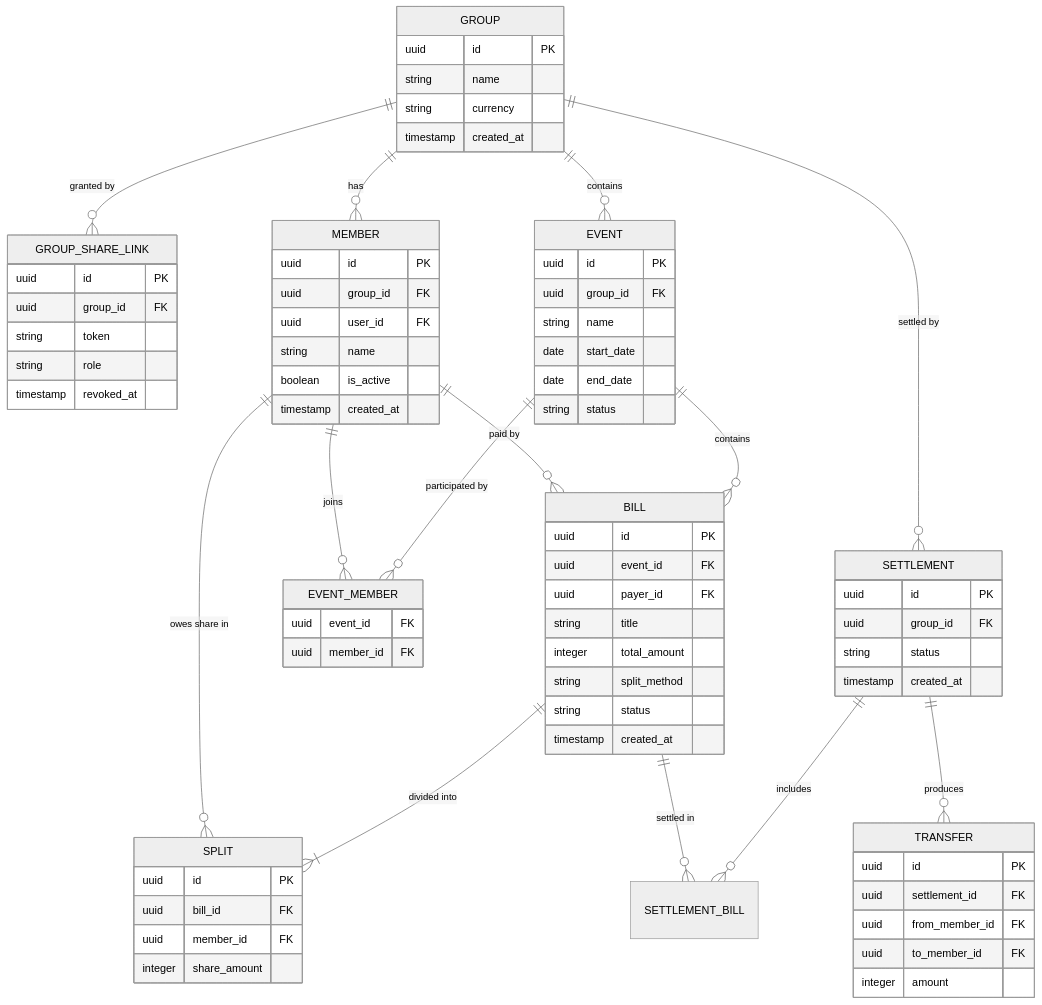
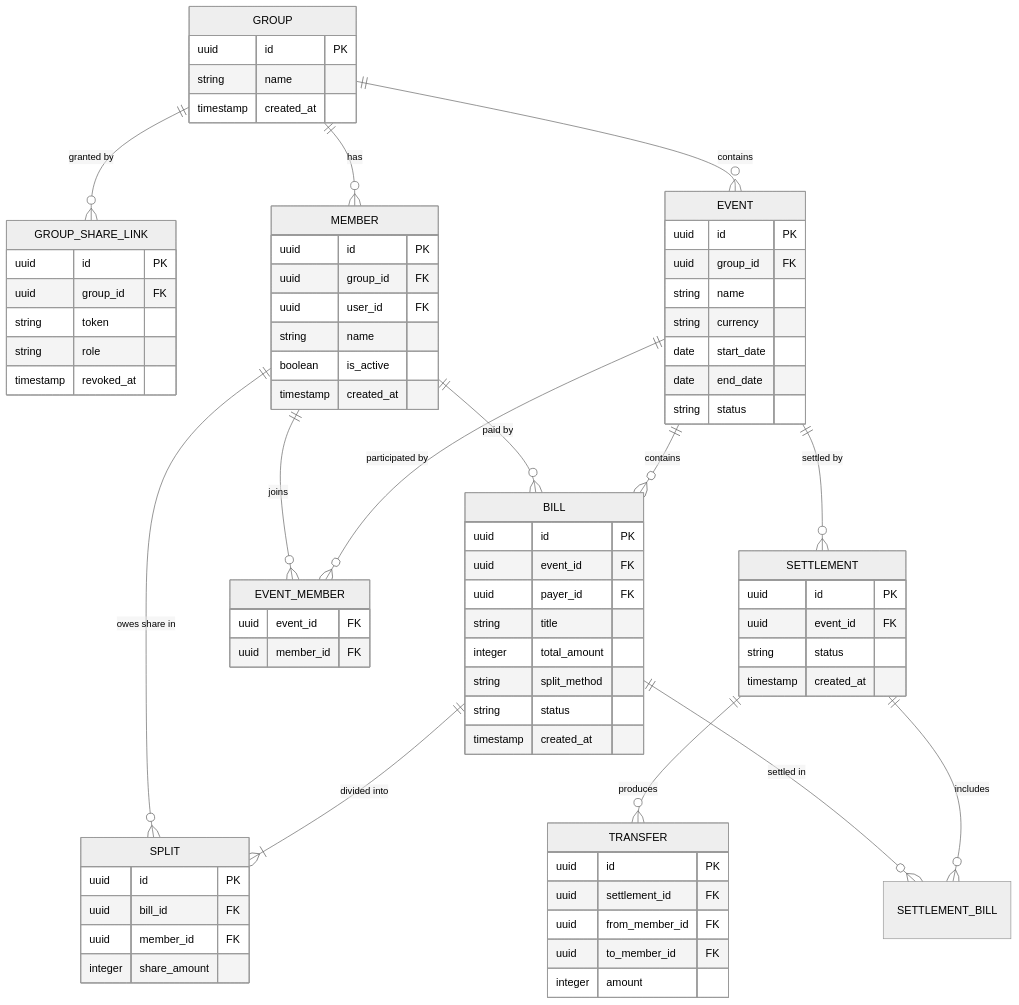
One commit to WeiYan1289/fair-share-tab changed the diagram in docs/data-model.md. Above: the diagram before and after it, drawn with Mermaid (neutral theme). The commit also changed other lines of this file and 34 other files, not shown here.

First line of the commit message:
feat: move currency from group to event level

````diff
--- a/docs/data-model.md
+++ b/docs/data-model.md
@@ -45,79 +45,79 @@
 ```mermaid
 erDiagram
   GROUP ||--o{ GROUP_SHARE_LINK : "granted by"
   GROUP ||--o{ MEMBER : has
   GROUP ||--o{ EVENT : contains
-  GROUP ||--o{ SETTLEMENT : "settled by"
+  EVENT ||--o{ SETTLEMENT : "settled by"
   EVENT ||--o{ EVENT_MEMBER : "participated by"
   MEMBER ||--o{ EVENT_MEMBER : "joins"
   EVENT ||--o{ BILL : contains
   BILL ||--|{ SPLIT : "divided into"
   MEMBER ||--o{ SPLIT : "owes share in"
   MEMBER ||--o{ BILL : "paid by"
   SETTLEMENT ||--o{ SETTLEMENT_BILL : includes
   BILL ||--o{ SETTLEMENT_BILL : "settled in"
   SETTLEMENT ||--o{ TRANSFER : produces
 
   GROUP {
     uuid id PK
     string name
-    string currency
     timestamp created_at
   }
   GROUP_SHARE_LINK {
     uuid id PK
     uuid group_id FK
     string token
     string role
     timestamp revoked_at
   }
   MEMBER {
     uuid id PK
     uuid group_id FK
     uuid user_id FK
     string name
     boolean is_active
     timestamp created_at
   }
   EVENT {
     uuid id PK
     uuid group_id FK
     string name
+    string currency
     date start_date
     date end_date
     string status
   }
   EVENT_MEMBER {
     uuid event_id FK
     uuid member_id FK
   }
   BILL {
     uuid id PK
     uuid event_id FK
     uuid payer_id FK
     string title
     integer total_amount
     string split_method
     string status
     timestamp created_at
   }
   SPLIT {
     uuid id PK
     uuid bill_id FK
     uuid member_id FK
     integer share_amount
   }
   SETTLEMENT {
     uuid id PK
-    uuid group_id FK
+    uuid event_id FK
     string status
     timestamp created_at
   }
   TRANSFER {
     uuid id PK
     uuid settlement_id FK
     uuid from_member_id FK
     uuid to_member_id FK
     integer amount
   }
 ```
````
